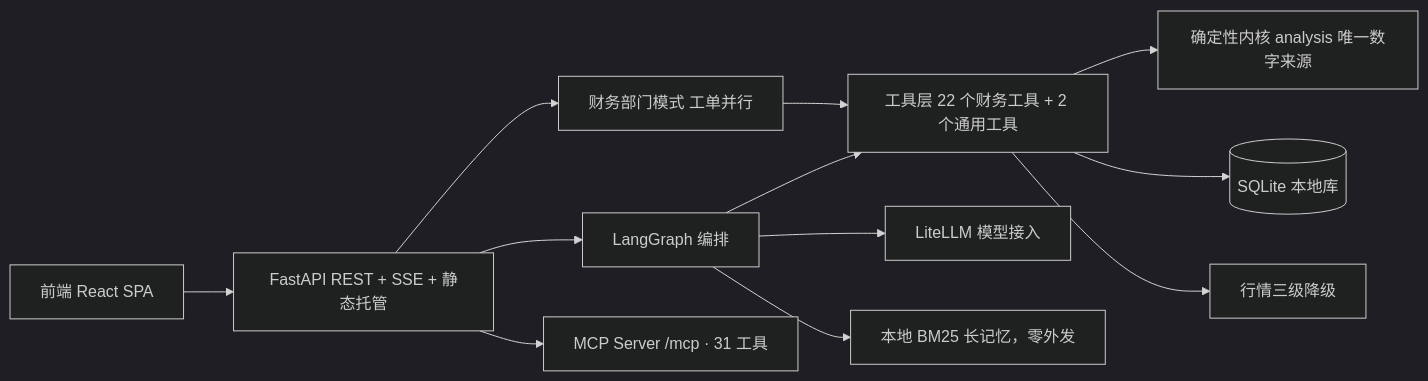
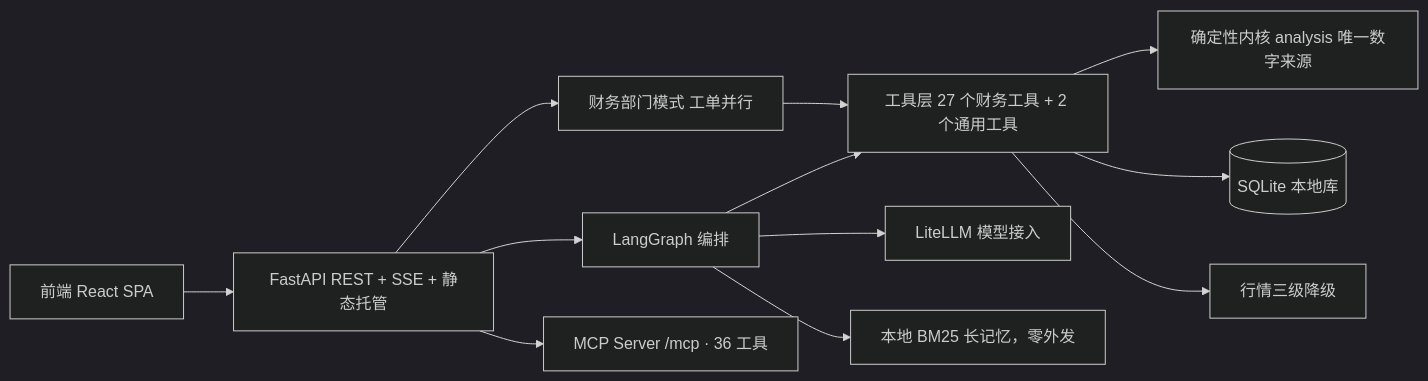
The diagram in README.zh.md (Morningstar202604/moneyhelper), drawn with Mermaid (dark theme) before and after one commit. The commit also changed other lines of this file and 159 other files, not shown here.

````diff
--- a/README.zh.md
+++ b/README.zh.md
@@ -158,14 +185,14 @@
 ```mermaid
 flowchart LR
     FE[前端 React SPA] --> API[FastAPI REST + SSE + 静态托管]
     API --> G[LangGraph 编排]
     API --> D[财务部门模式 工单并行]
-    G --> T[工具层 22 个财务工具 + 2 个通用工具]
+    G --> T[工具层 27 个财务工具 + 2 个通用工具]
     D --> T
     T --> K[确定性内核 analysis 唯一数字来源]
     T --> DB[(SQLite 本地库)]
     T --> Q[行情三级降级]
     G --> L[LiteLLM 模型接入]
     G --> M[本地 BM25 长记忆，零外发]
-    API --> MCP[MCP Server /mcp · 31 工具]
+    API --> MCP[MCP Server /mcp · 36 工具]
 ```
````
